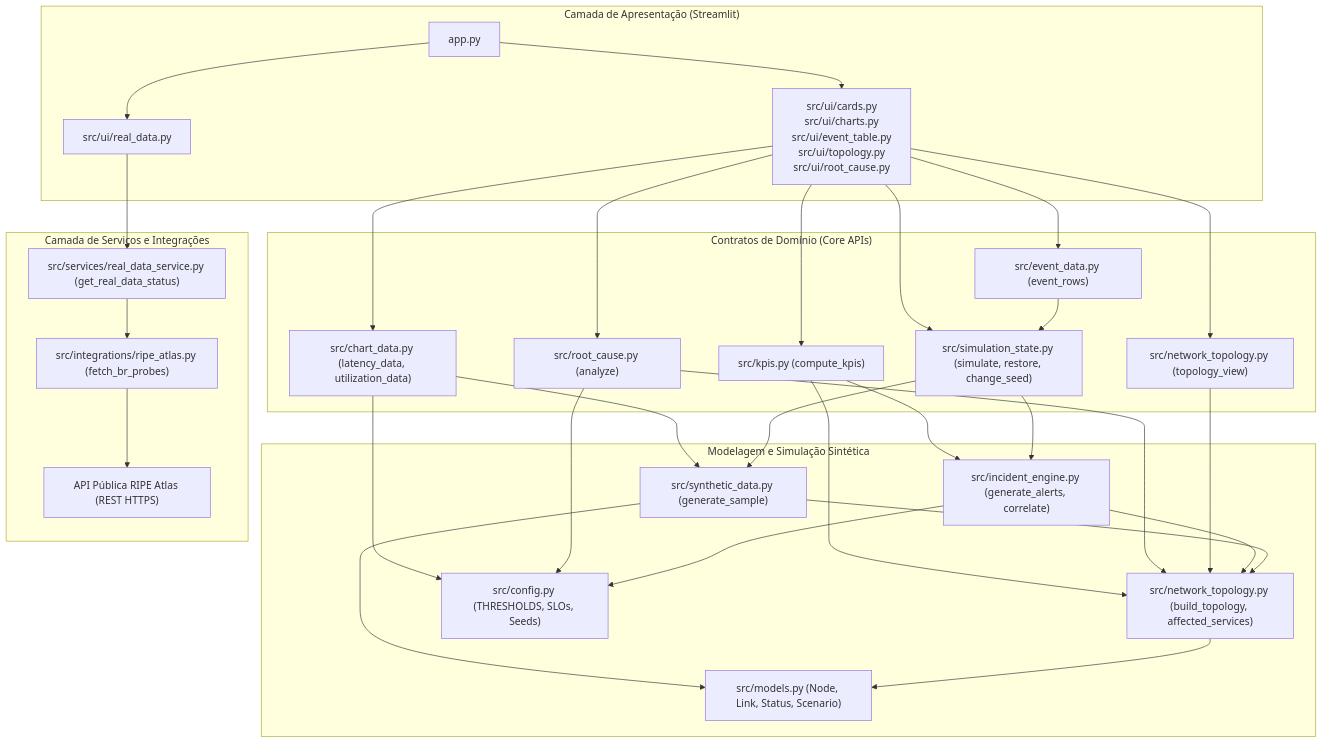
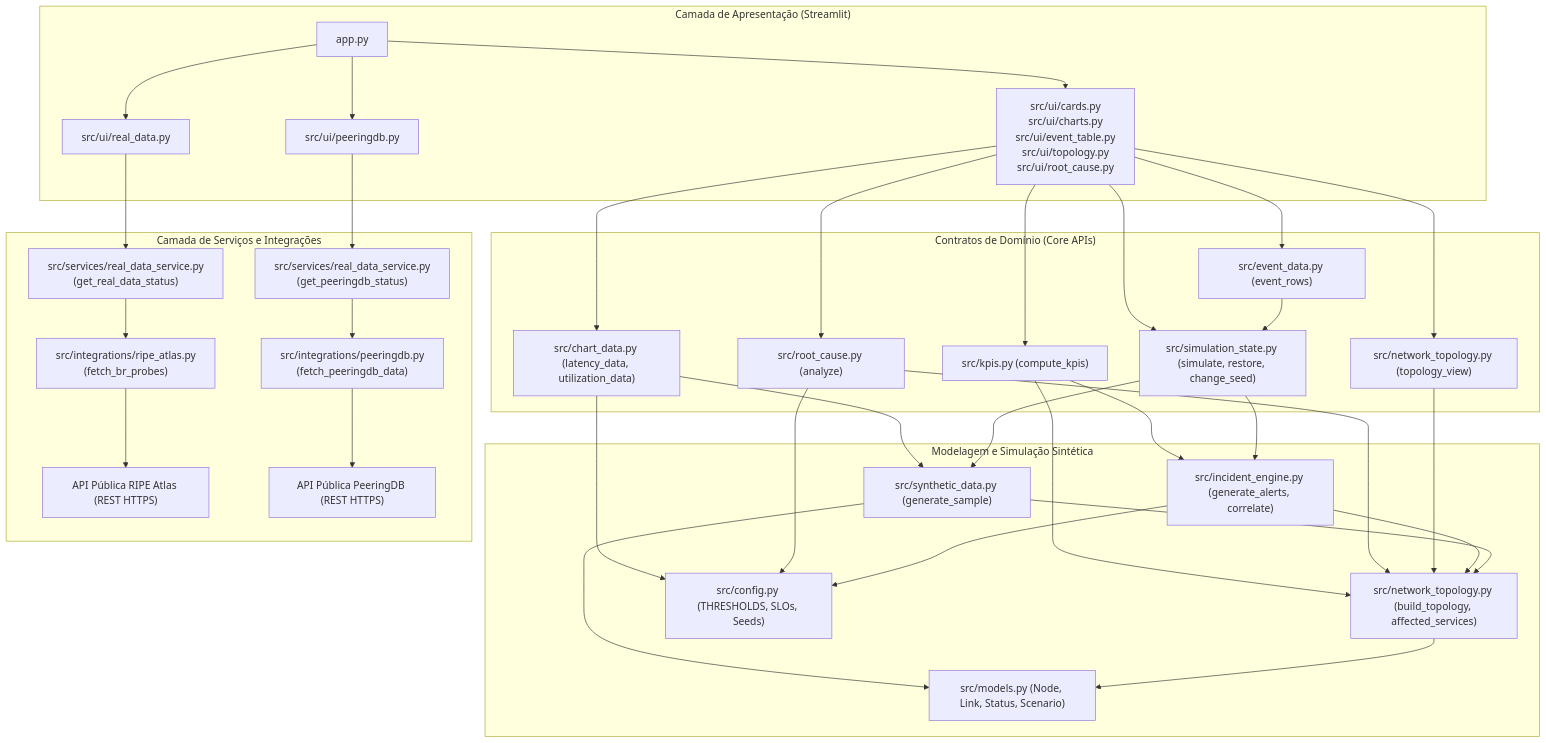
The diagram in docs/architecture.md (jotape2709/aiops), drawn with Mermaid before and after one commit. The commit also changed other lines of this file and 12 other files, not shown here.

First line of the commit message:
feat: integração real com PeeringDB (M5)

````diff
--- a/docs/architecture.md
+++ b/docs/architecture.md
@@ -19,63 +19,72 @@
 ```mermaid
 flowchart TD
     subgraph UI ["Camada de Apresentação (Streamlit)"]
         APP["app.py"]
         UI_NOC["src/ui/cards.py\nsrc/ui/charts.py\nsrc/ui/event_table.py\nsrc/ui/topology.py\nsrc/ui/root_cause.py"]
         UI_REAL["src/ui/real_data.py"]
+        UI_PDB["src/ui/peeringdb.py"]
     end
 
     subgraph CoreContracts ["Contratos de Domínio (Core APIs)"]
         KPIS["src/kpis.py (compute_kpis)"]
         CHART["src/chart_data.py (latency_data, utilization_data)"]
         EVENT["src/event_data.py (event_rows)"]
         RCA["src/root_cause.py (analyze)"]
         STATE["src/simulation_state.py (simulate, restore, change_seed)"]
         TOPO_VIEW["src/network_topology.py (topology_view)"]
     end
 
     subgraph DomainCore ["Modelagem e Simulação Sintética"]
         ENGINE["src/incident_engine.py (generate_alerts, correlate)"]
         TOPO["src/network_topology.py (build_topology, affected_services)"]
         SYNTH["src/synthetic_data.py (generate_sample)"]
         MODELS["src/models.py (Node, Link, Status, Scenario)"]
         CONFIG["src/config.py (THRESHOLDS, SLOs, Seeds)"]
     end
 
     subgraph ExternalServices ["Camada de Serviços e Integrações"]
-        SERVICE["src/services/real_data_service.py (get_real_data_status)"]
-        INTEG["src/integrations/ripe_atlas.py (fetch_br_probes)"]
+        SERVICE_RIPE["src/services/real_data_service.py\n(get_real_data_status)"]
+        SERVICE_PDB["src/services/real_data_service.py\n(get_peeringdb_status)"]
+        INTEG_RIPE["src/integrations/ripe_atlas.py\n(fetch_br_probes)"]
+        INTEG_PDB["src/integrations/peeringdb.py\n(fetch_peeringdb_data)"]
         RIPE_API["API Pública RIPE Atlas (REST HTTPS)"]
+        PDB_API["API Pública PeeringDB (REST HTTPS)"]
     end
 
     %% Relações UI -> Contratos Core
     APP --> UI_NOC
     APP --> UI_REAL
+    APP --> UI_PDB
     UI_NOC --> KPIS
     UI_NOC --> CHART
     UI_NOC --> EVENT
     UI_NOC --> RCA
     UI_NOC --> STATE
     UI_NOC --> TOPO_VIEW
 
     %% Relações Contratos Core -> Domínio Interno
     KPIS --> ENGINE
     KPIS --> TOPO
     CHART --> SYNTH
     CHART --> CONFIG
     EVENT --> STATE
     RCA --> TOPO
     RCA --> CONFIG
     STATE --> SYNTH
     STATE --> ENGINE
     TOPO_VIEW --> TOPO
     ENGINE --> TOPO
     ENGINE --> CONFIG
     SYNTH --> TOPO
     SYNTH --> MODELS
     TOPO --> MODELS
 
-    %% Relações Serviço Externo
-    UI_REAL --> SERVICE
-    SERVICE --> INTEG
-    INTEG --> RIPE_API
+    %% Relações Serviços Externos
+    UI_REAL --> SERVICE_RIPE
+    SERVICE_RIPE --> INTEG_RIPE
+    INTEG_RIPE --> RIPE_API
+
+    UI_PDB --> SERVICE_PDB
+    SERVICE_PDB --> INTEG_PDB
+    INTEG_PDB --> PDB_API
 ```
````
